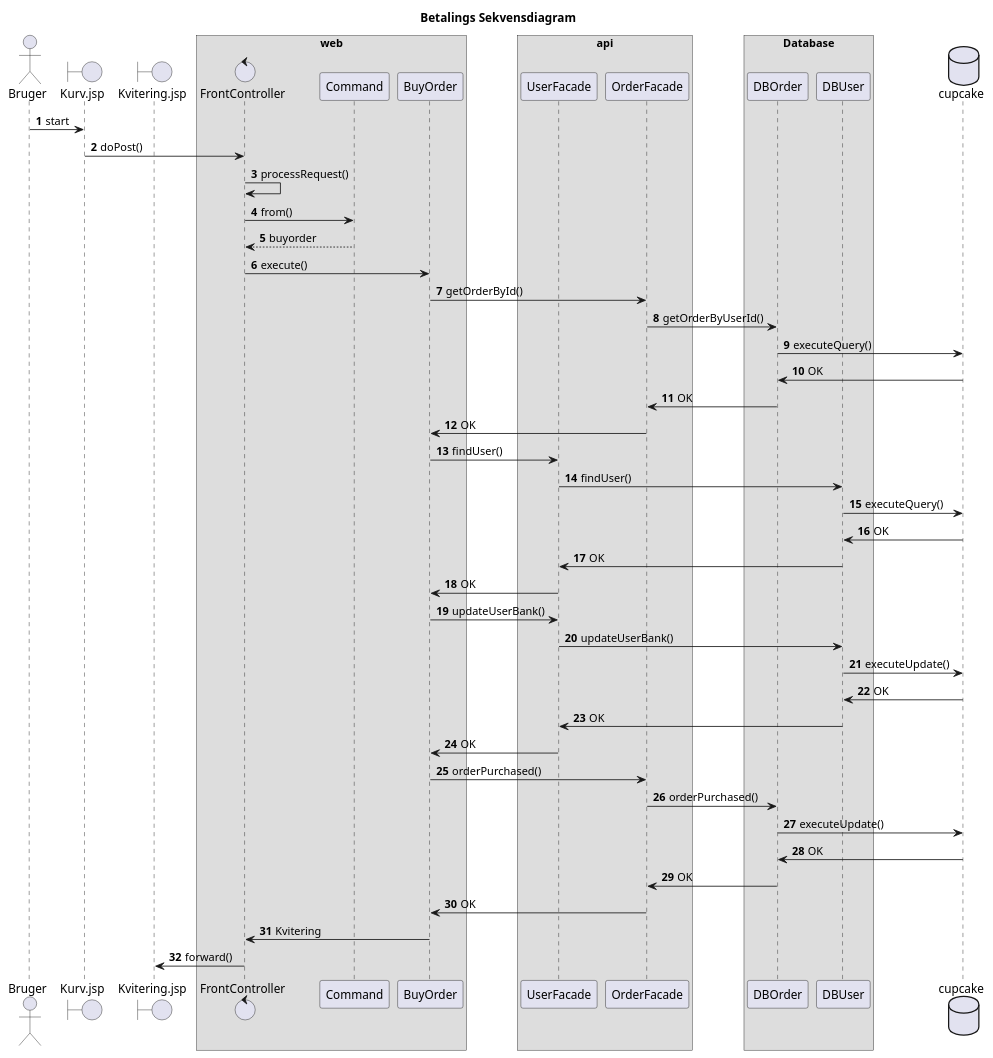
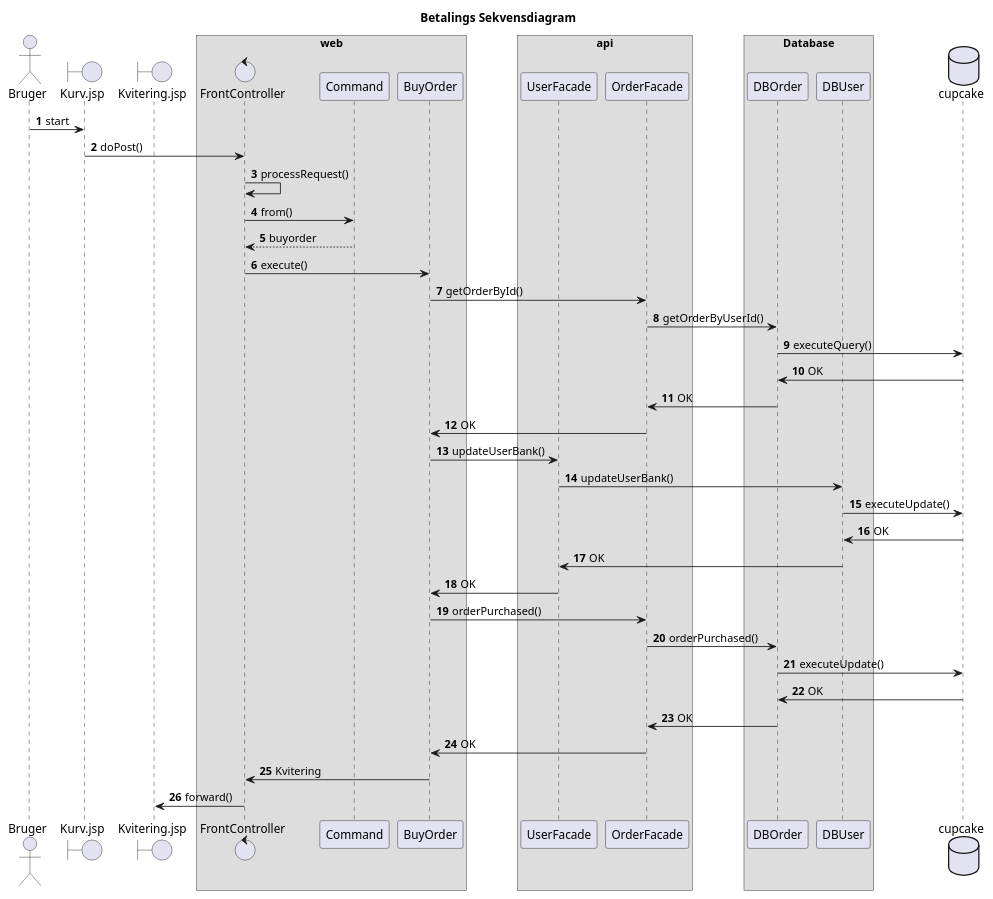
The diagram in src/main/java/plantuml/sekvens/BetalingsSekvens.puml (tobias-z/Cupcake-Resterende), drawn with PlantUML before and after one commit. The commit also changed 3 other files, not shown here.

```diff
--- a/src/main/java/plantuml/sekvens/BetalingsSekvens.puml
+++ b/src/main/java/plantuml/sekvens/BetalingsSekvens.puml
@@ -1,62 +1,55 @@
 @startuml
 
 autonumber
 Title Betalings Sekvensdiagram
 actor Bruger
 
 boundary Kurv.jsp
 boundary Kvitering.jsp
 
 Bruger -> Kurv.jsp: start
 
 
 box web
 control FrontController
 Kurv.jsp -> FrontController: doPost()
 FrontController -> FrontController: processRequest()
 FrontController -> Command: from()
 Command --> FrontController: buyorder
 FrontController -> BuyOrder: execute()
 end box
 
 box api
 participant UserFacade
 BuyOrder -> OrderFacade: getOrderById()
 end box
 
 box Database
 OrderFacade -> DBOrder: getOrderByUserId()
 participant DBUser
 end box
 
 database cupcake
 DBOrder -> cupcake: executeQuery()
 cupcake -> DBOrder: OK
 DBOrder -> OrderFacade: OK
 OrderFacade -> BuyOrder: OK
 
-BuyOrder -> UserFacade: findUser()
-UserFacade -> DBUser: findUser()
-DBUser -> cupcake: executeQuery()
-cupcake -> DBUser: OK
-DBUser -> UserFacade: OK
-UserFacade -> BuyOrder: OK
-
 BuyOrder -> UserFacade: updateUserBank()
 UserFacade -> DBUser: updateUserBank()
 DBUser -> cupcake: executeUpdate()
 cupcake -> DBUser: OK
 DBUser -> UserFacade: OK
 UserFacade -> BuyOrder: OK
 
 BuyOrder -> OrderFacade: orderPurchased()
 OrderFacade -> DBOrder: orderPurchased()
 DBOrder -> cupcake: executeUpdate()
 cupcake -> DBOrder: OK
 DBOrder -> OrderFacade: OK
 OrderFacade -> BuyOrder: OK
 
 BuyOrder -> FrontController: Kvitering
 FrontController -> Kvitering.jsp: forward()
 
 @enduml
```
